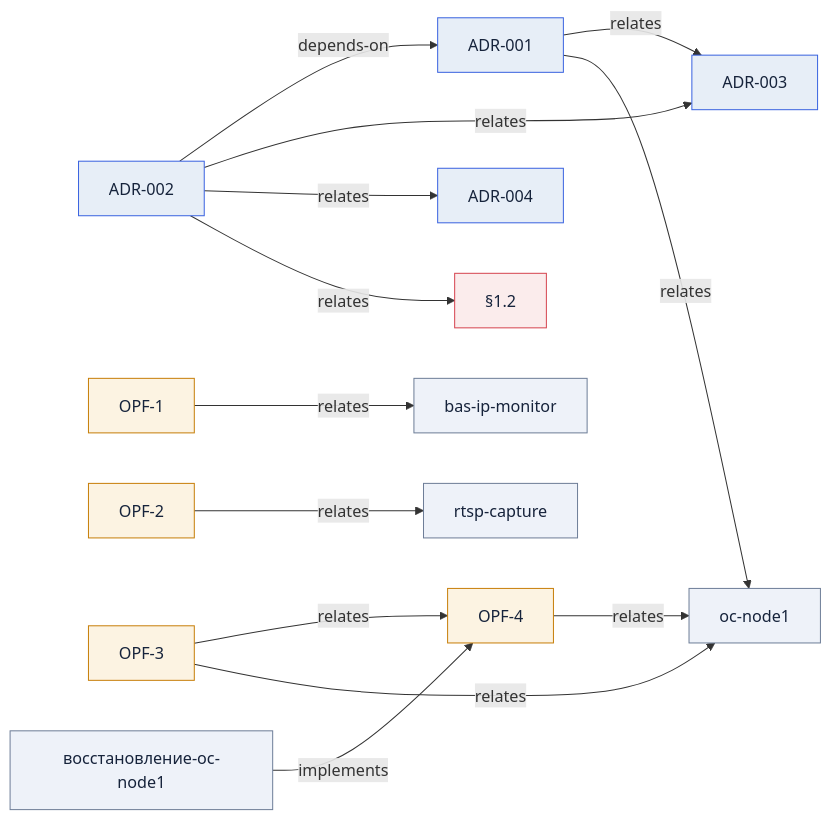
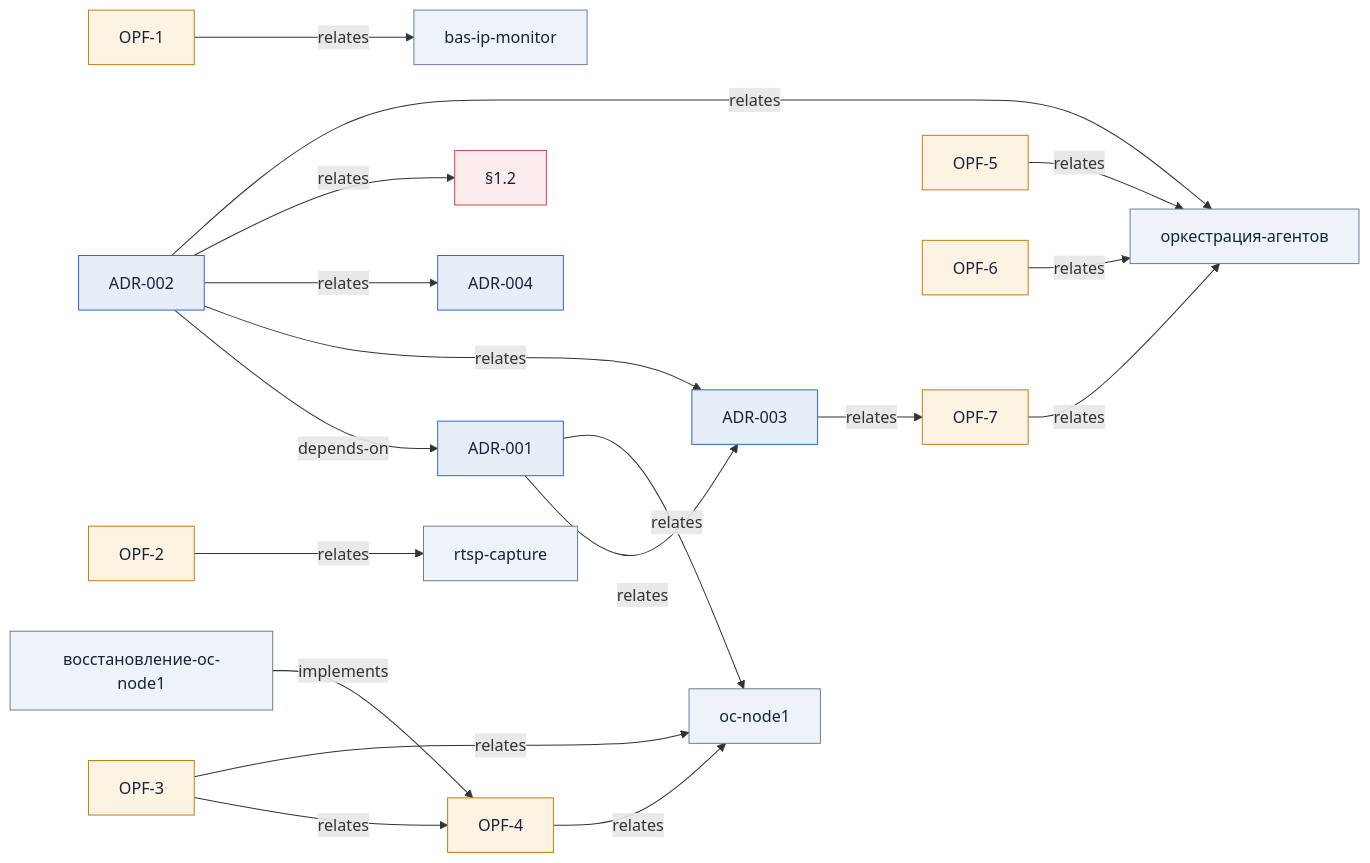
One commit to ikrajushkin/OpenClawAgentFarm changed the diagram in docs/Граф-знаний.md. Above: the diagram before and after it, drawn with Mermaid. The commit also changed other lines of this file and 4 other files, not shown here.

Commit message:
docs: анализ оркестрации агентов OpenClaw — как реализовано, проблемы, варианты развития; долги OPF-5..7

````diff
--- a/docs/Граф-знаний.md
+++ b/docs/Граф-знаний.md
@@ -6,34 +6,43 @@
 ```mermaid
 graph LR
   n0["ADR-001"]:::adr
   n1["ADR-003"]:::adr
   n2["oc-node1"]:::concept
   n3["ADR-002"]:::adr
   n4["ADR-004"]:::adr
   n5["§1.2"]:::incident
-  n6["OPF-1"]:::debt
-  n7["bas-ip-monitor"]:::concept
-  n8["OPF-2"]:::debt
-  n9["rtsp-capture"]:::concept
-  n10["OPF-3"]:::debt
-  n11["OPF-4"]:::debt
-  n12["восстановление-oc-node1"]:::concept
+  n6["оркестрация-агентов"]:::concept
+  n7["OPF-7"]:::debt
+  n8["OPF-1"]:::debt
+  n9["bas-ip-monitor"]:::concept
+  n10["OPF-2"]:::debt
+  n11["rtsp-capture"]:::concept
+  n12["OPF-3"]:::debt
+  n13["OPF-4"]:::debt
+  n14["OPF-5"]:::debt
+  n15["OPF-6"]:::debt
+  n16["восстановление-oc-node1"]:::concept
   n0 -->|relates| n1
   n0 -->|relates| n2
   n3 -->|depends-on| n0
   n3 -->|relates| n1
   n3 -->|relates| n4
   n3 -->|relates| n5
-  n6 -->|relates| n7
+  n3 -->|relates| n6
+  n1 -->|relates| n7
   n8 -->|relates| n9
   n10 -->|relates| n11
-  n10 -->|relates| n2
-  n11 -->|relates| n2
-  n12 -->|implements| n11
+  n12 -->|relates| n13
+  n12 -->|relates| n2
+  n13 -->|relates| n2
+  n14 -->|relates| n6
+  n15 -->|relates| n6
+  n7 -->|relates| n6
+  n16 -->|implements| n13
   classDef adr fill:#E7EEF7,stroke:#3A63E0,color:#16233B;
   classDef incident fill:#FBECEC,stroke:#D64550,color:#16233B;
   classDef debt fill:#FCF3E2,stroke:#C77F0A,color:#16233B;
   classDef sprint fill:#E4F5EC,stroke:#078A5A,color:#16233B;
   classDef req fill:#EDE7F7,stroke:#6A4FCF,color:#16233B;
   classDef concept fill:#EEF2F9,stroke:#6E7E98,color:#16233B;
 ```
````
